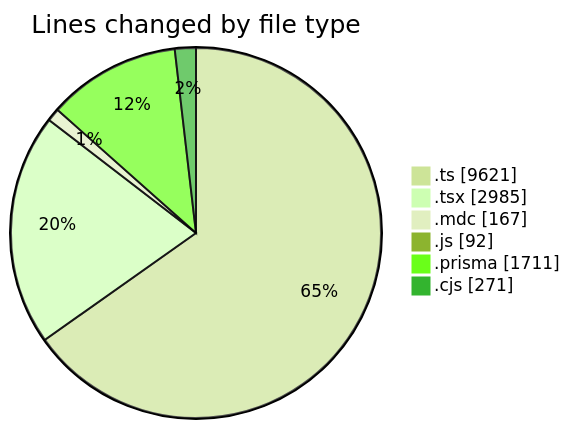
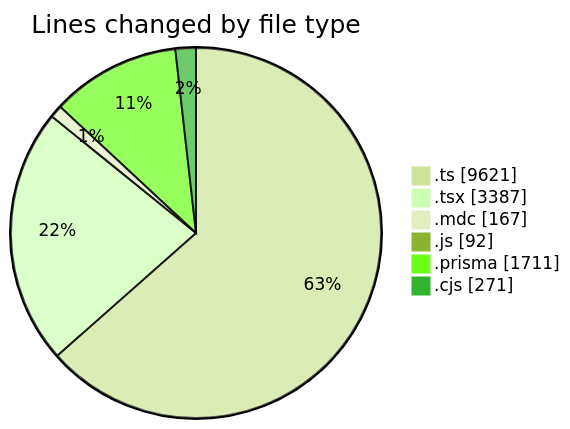
The first of 2 diagrams in 2025-06-06/ecodeli-1/README.md (CELIANVF/code-tracking), drawn with Mermaid (forest theme) before and after one commit. The commit also changed other lines of this file and 1 other file, not shown here.

````diff
--- a/2025-06-06/ecodeli-1/README.md
+++ b/2025-06-06/ecodeli-1/README.md
@@ -57,10 +58,10 @@
 ```mermaid
 pie showData
 title Lines changed by file type
 ".ts" : 9621
-".tsx" : 2985
+".tsx" : 3387
 ".mdc" : 167
 ".js" : 92
 ".prisma" : 1711
 ".cjs" : 271
 ```
````
